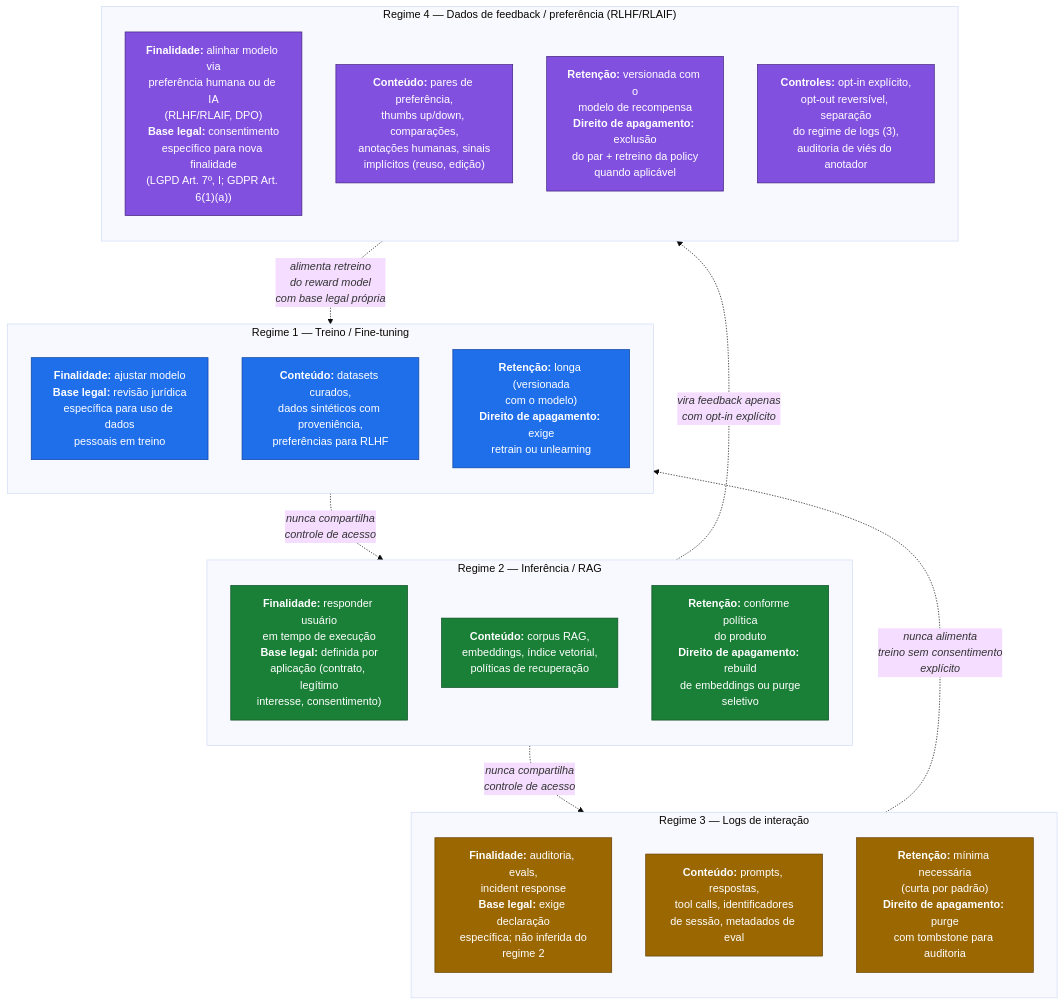
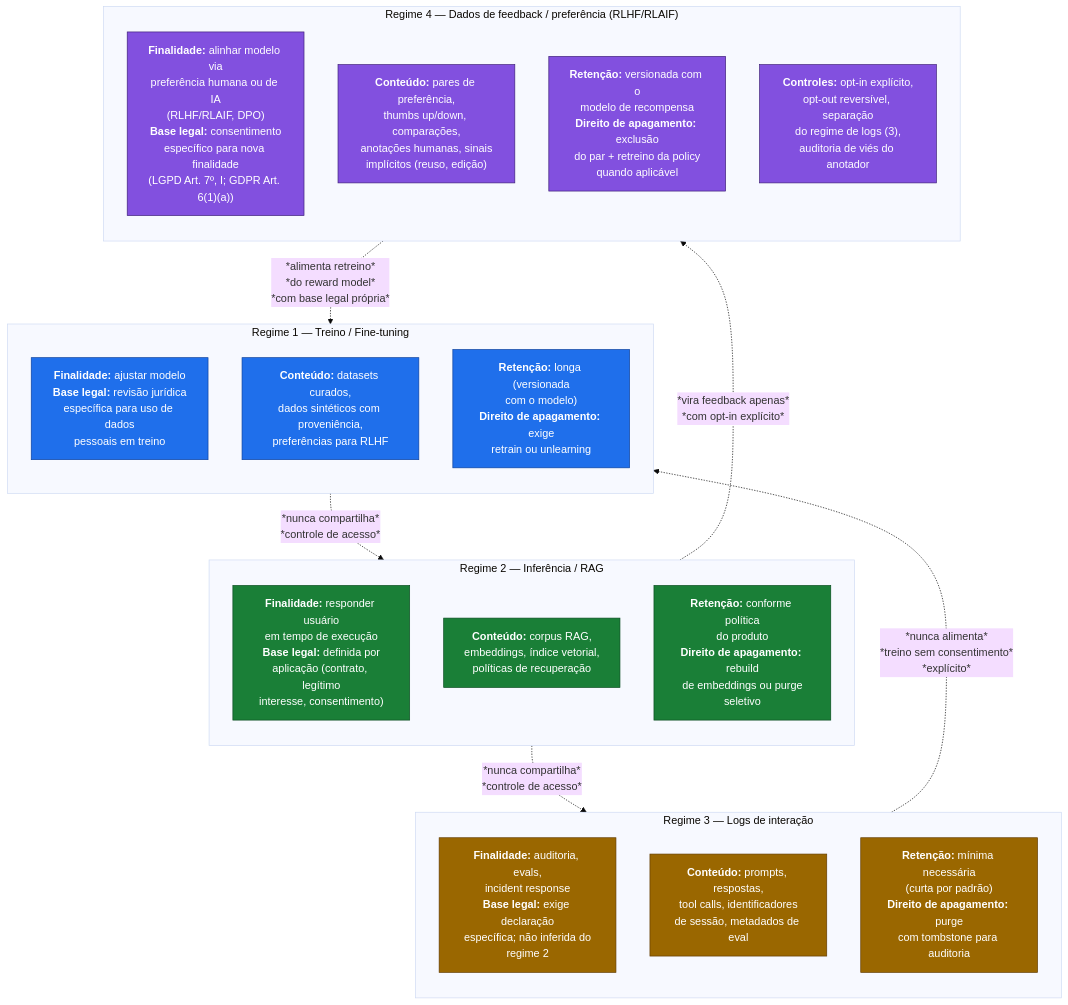
Before and after one commit to EdneiMonteiro/ai-coe-playbook: the first of 3 diagrams in diagramas/06-regimes-dados.md, drawn with Mermaid (base theme). The commit also changed other lines of this file and 12 other files, not shown here.

First line of the commit message:
Address diagramas-referencias review 02 — patch v2 (P-A..P-I)

````diff
--- a/diagramas/06-regimes-dados.md
+++ b/diagramas/06-regimes-dados.md
@@ -7,43 +9,43 @@
 ```mermaid
 flowchart TB
     classDef train fill:#1f6feb,stroke:#0d419d,color:#fff
     classDef infer fill:#1a7f37,stroke:#0a4d20,color:#fff
     classDef log fill:#9a6700,stroke:#633c01,color:#fff
     classDef feedback fill:#8250df,stroke:#3e1f79,color:#fff
     classDef control fill:#cf222e,stroke:#82071e,color:#fff
 
     subgraph TRAIN["Regime 1 — Treino / Fine-tuning"]
         direction TB
         T1["<b>Finalidade:</b> ajustar modelo<br/><b>Base legal:</b> revisão jurídica<br/>específica para uso de dados<br/>pessoais em treino"]:::train
         T2["<b>Conteúdo:</b> datasets curados,<br/>dados sintéticos com proveniência,<br/>preferências para RLHF"]:::train
         T3["<b>Retenção:</b> longa (versionada<br/>com o modelo)<br/><b>Direito de apagamento:</b> exige<br/>retrain ou unlearning"]:::train
     end
 
     subgraph INFER["Regime 2 — Inferência / RAG"]
         direction TB
         I1["<b>Finalidade:</b> responder usuário<br/>em tempo de execução<br/><b>Base legal:</b> definida por<br/>aplicação (contrato, legítimo<br/>interesse, consentimento)"]:::infer
         I2["<b>Conteúdo:</b> corpus RAG,<br/>embeddings, índice vetorial,<br/>políticas de recuperação"]:::infer
         I3["<b>Retenção:</b> conforme política<br/>do produto<br/><b>Direito de apagamento:</b> rebuild<br/>de embeddings ou purge<br/>seletivo"]:::infer
     end
 
     subgraph LOG["Regime 3 — Logs de interação"]
         direction TB
         L1["<b>Finalidade:</b> auditoria, evals,<br/>incident response<br/><b>Base legal:</b> exige declaração<br/>específica; não inferida do<br/>regime 2"]:::log
         L2["<b>Conteúdo:</b> prompts, respostas,<br/>tool calls, identificadores<br/>de sessão, metadados de eval"]:::log
         L3["<b>Retenção:</b> mínima necessária<br/>(curta por padrão)<br/><b>Direito de apagamento:</b> purge<br/>com tombstone para auditoria"]:::log
     end
 
     subgraph FEEDBACK["Regime 4 — Dados de feedback / preferência (RLHF/RLAIF)"]
         direction TB
         F1["<b>Finalidade:</b> alinhar modelo via<br/>preferência humana ou de IA<br/>(RLHF/RLAIF, DPO)<br/><b>Base legal:</b> consentimento<br/>específico para nova finalidade<br/>(LGPD Art. 7º, I; GDPR Art. 6(1)(a))"]:::feedback
         F2["<b>Conteúdo:</b> pares de preferência,<br/>thumbs up/down, comparações,<br/>anotações humanas, sinais<br/>implícitos (reuso, edição)"]:::feedback
         F3["<b>Retenção:</b> versionada com o<br/>modelo de recompensa<br/><b>Direito de apagamento:</b> exclusão<br/>do par + retreino da policy<br/>quando aplicável"]:::feedback
         F4["<b>Controles:</b> opt-in explícito,<br/>opt-out reversível, separação<br/>do regime de logs (3),<br/>auditoria de viés do anotador"]:::feedback
     end
 
-    TRAIN -.->|<i>nunca compartilha</i><br/><i>controle de acesso</i>| INFER
-    INFER -.->|<i>nunca compartilha</i><br/><i>controle de acesso</i>| LOG
-    LOG -.->|<i>nunca alimenta</i><br/><i>treino sem consentimento</i><br/><i>explícito</i>| TRAIN
-    INFER -.->|<i>vira feedback apenas</i><br/><i>com opt-in explícito</i>| FEEDBACK
-    FEEDBACK -.->|<i>alimenta retreino</i><br/><i>do reward model</i><br/><i>com base legal própria</i>| TRAIN
+    TRAIN -.->|*nunca compartilha*<br/>*controle de acesso*| INFER
+    INFER -.->|*nunca compartilha*<br/>*controle de acesso*| LOG
+    LOG -.->|*nunca alimenta*<br/>*treino sem consentimento*<br/>*explícito*| TRAIN
+    INFER -.->|*vira feedback apenas*<br/>*com opt-in explícito*| FEEDBACK
+    FEEDBACK -.->|*alimenta retreino*<br/>*do reward model*<br/>*com base legal própria*| TRAIN
 ```
````
